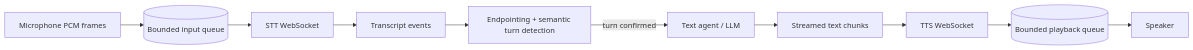
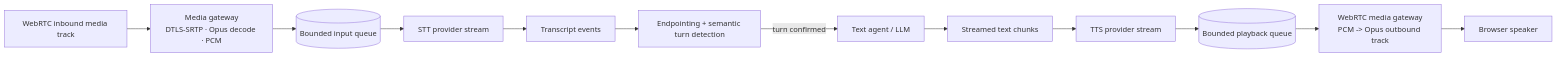
The third of 10 diagrams in docs/voice-agent-architecture-diagrams.md (d-schneid/voice-agents), drawn with Mermaid before and after one commit. The commit also changed other lines of this file, not shown here.

Commit message:
Make diagrams WebRTC first

````diff
--- a/docs/voice-agent-architecture-diagrams.md
+++ b/docs/voice-agent-architecture-diagrams.md
@@ -180,19 +193,21 @@
 ```mermaid
 flowchart LR
-    M[Microphone PCM frames]
+    M[WebRTC inbound media track]
+    GW[Media gateway<br/>DTLS-SRTP · Opus decode · PCM]
     Q1[(Bounded input queue)]
-    STT[STT WebSocket]
+    STT[STT provider stream]
     TE[Transcript events]
     TURN[Endpointing + semantic turn detection]
     LLM[Text agent / LLM]
     TOK[Streamed text chunks]
-    TTS[TTS WebSocket]
+    TTS[TTS provider stream]
     AQ[(Bounded playback queue)]
-    SP[Speaker]
+    OUT[WebRTC media gateway<br/>PCM -> Opus outbound track]
+    SP[Browser speaker]
 
-    M --> Q1 --> STT
+    M --> GW --> Q1 --> STT
     STT --> TE --> TURN
     TURN -->|turn confirmed| LLM
     LLM --> TOK --> TTS
-    TTS --> AQ --> SP
+    TTS --> AQ --> OUT --> SP
 ```
````
